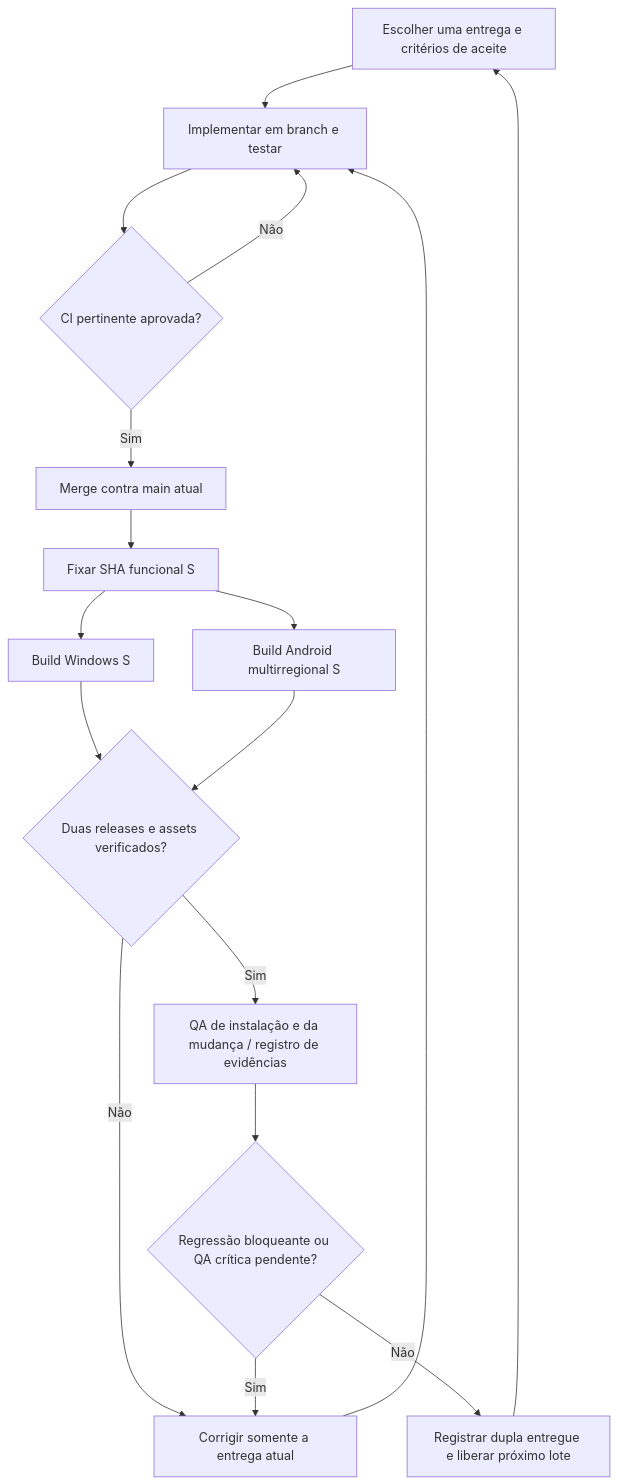
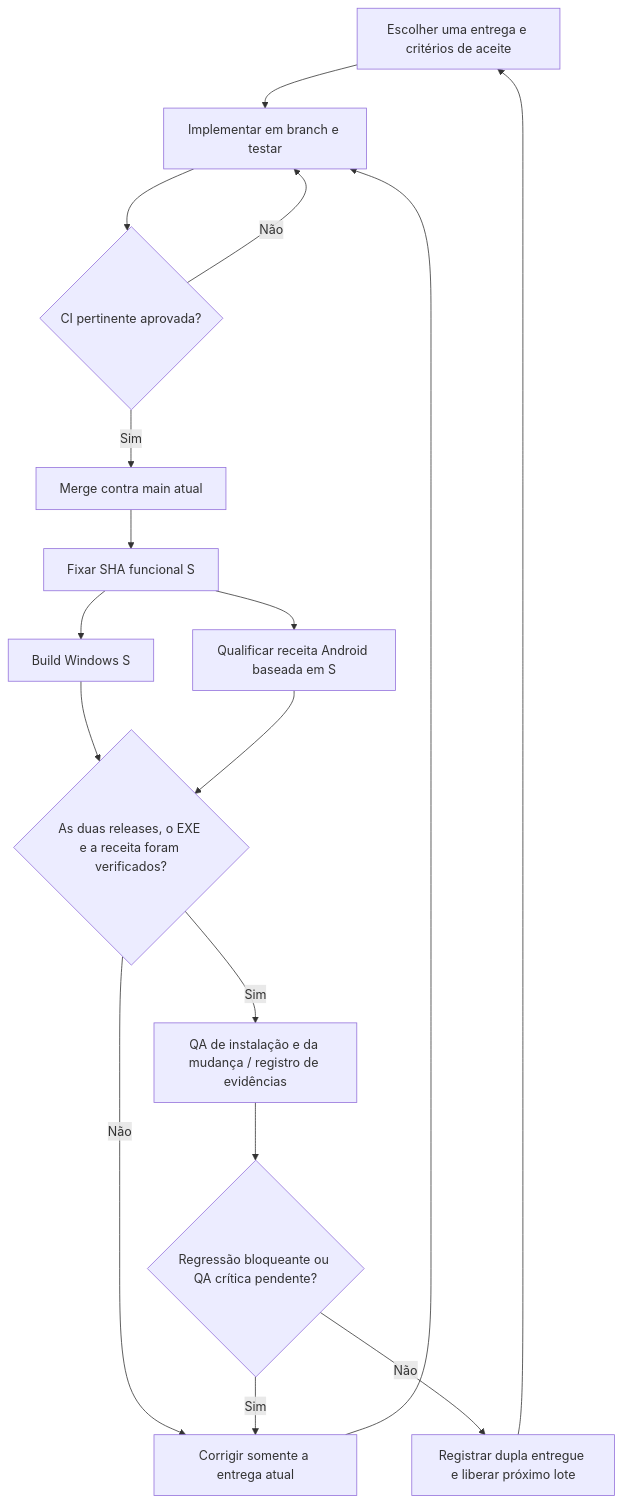
The diagram in docs/KANTO_ROADMAP_PUBLICACAO_WINDOWS_ANDROID.md (GabrielChavesAlencar/Pokemon-Blue-Dessastre-Paradoxal), drawn with Mermaid before and after one commit. The commit also changed other lines of this file and 35 other files, not shown here.

````diff
--- a/docs/KANTO_ROADMAP_PUBLICACAO_WINDOWS_ANDROID.md
+++ b/docs/KANTO_ROADMAP_PUBLICACAO_WINDOWS_ANDROID.md
@@ -48,19 +48,19 @@
 ```mermaid
 flowchart TD
  A[Escolher uma entrega e critérios de aceite] --> B[Implementar em branch e testar]
  B --> C{CI pertinente aprovada?}
  C -- Não --> B
  C -- Sim --> D[Merge contra main atual]
  D --> E[Fixar SHA funcional S]
  E --> F[Build Windows S]
- E --> G[Build Android multirregional S]
- F --> H{Duas releases e assets verificados?}
+ E --> G[Qualificar receita Android baseada em S]
+ F --> H{As duas releases, o EXE e a receita foram verificados?}
  G --> H
  H -- Não --> I[Corrigir somente a entrega atual]
  I --> B
  H -- Sim --> J[QA de instalação e da mudança / registro de evidências]
  J --> K{Regressão bloqueante ou QA crítica pendente?}
  K -- Sim --> I
  K -- Não --> L[Registrar dupla entregue e liberar próximo lote]
  L --> A
 ```
````
